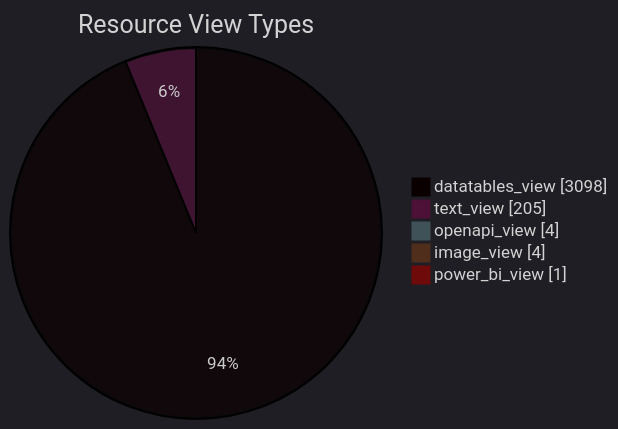
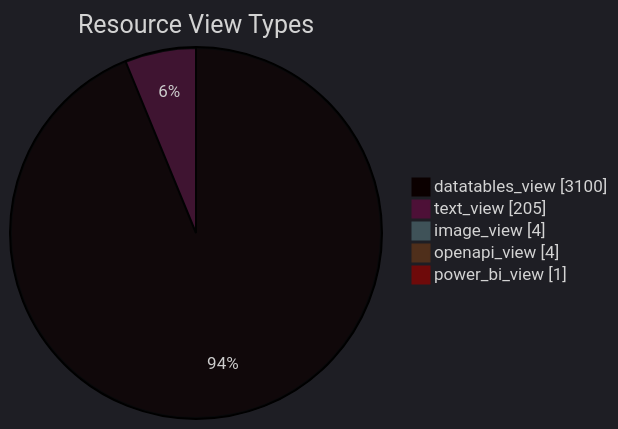
The diagram in datastore_tracker/resource_view_types_pie_chart.md (open-data/analytics-corporate-reporting), drawn with Mermaid before and after one commit. The commit also changed 9 other files, not shown here.

````diff
--- a/datastore_tracker/resource_view_types_pie_chart.md
+++ b/datastore_tracker/resource_view_types_pie_chart.md
@@ -2,12 +2,12 @@
 ```mermaid
 ---
 config:
   theme: dark
 ---
 pie showData title Resource View Types
-    "datatables_view": 3098
+    "datatables_view": 3100
     "text_view": 205
+    "image_view": 4
     "openapi_view": 4
-    "image_view": 4
     "power_bi_view": 1
 ```
````
